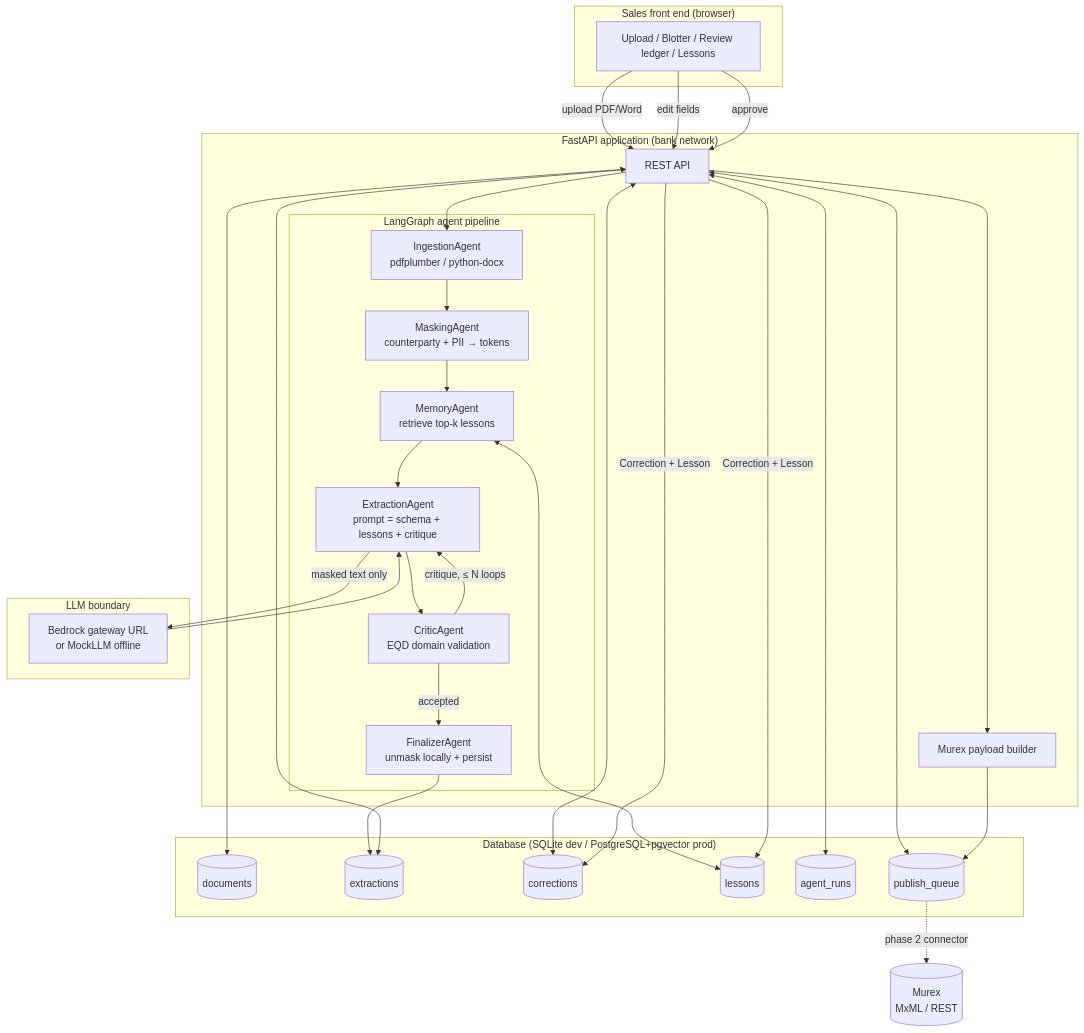
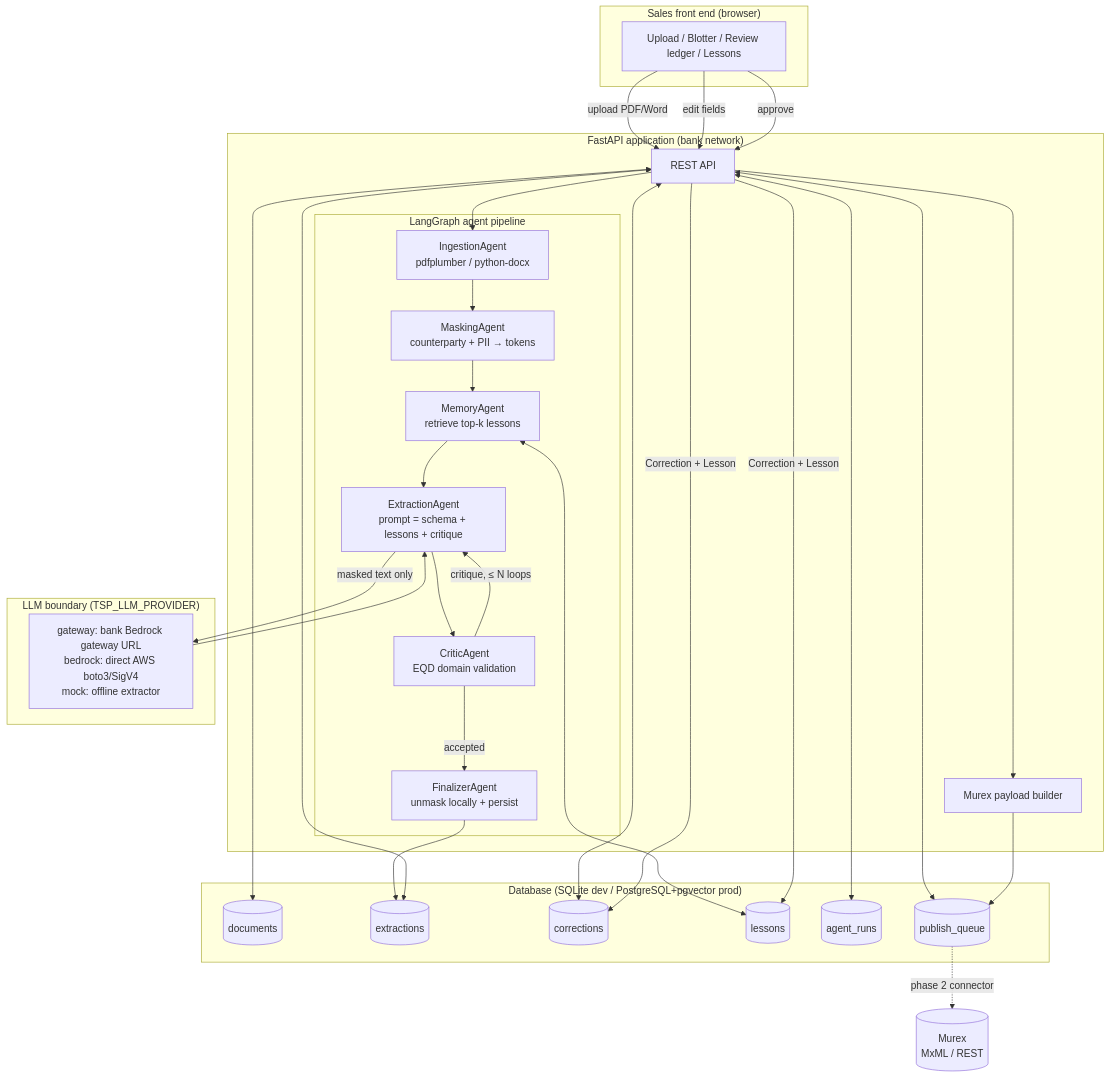
Before and after one commit to mponmalar/termsheetparser: the first of 4 diagrams in docs/ARCHITECTURE.md, drawn with Mermaid. The commit also changed other lines of this file and 9 other files, not shown here.

First line of the commit message:
Switchable LLM access: bank Bedrock gateway OR direct AWS Bedrock

````diff
--- a/docs/ARCHITECTURE.md
+++ b/docs/ARCHITECTURE.md
@@ -24,44 +24,44 @@
 ```mermaid
 flowchart TB
     subgraph Client["Sales front end (browser)"]
         UI[Upload / Blotter / Review ledger / Lessons]
     end
 
     subgraph App["FastAPI application (bank network)"]
         API[REST API]
         subgraph Graph["LangGraph agent pipeline"]
             ING[IngestionAgent<br/>pdfplumber / python-docx]
             MASK[MaskingAgent<br/>counterparty + PII → tokens]
             MEM[MemoryAgent<br/>retrieve top-k lessons]
             EXT[ExtractionAgent<br/>prompt = schema + lessons + critique]
             CRIT[CriticAgent<br/>EQD domain validation]
             FIN[FinalizerAgent<br/>unmask locally + persist]
         end
         MRX[Murex payload builder]
     end
 
-    subgraph LLM["LLM boundary"]
-        GW[Bedrock gateway URL<br/>or MockLLM offline]
+    subgraph LLM["LLM boundary (TSP_LLM_PROVIDER)"]
+        GW[gateway: bank Bedrock gateway URL<br/>bedrock: direct AWS boto3/SigV4<br/>mock: offline extractor]
     end
 
     subgraph DB["Database (SQLite dev / PostgreSQL+pgvector prod)"]
         D1[(documents)]
         D2[(extractions)]
         D3[(corrections)]
         D4[(lessons)]
         D5[(agent_runs)]
         D6[(publish_queue)]
     end
 
     UI -->|upload PDF/Word| API --> ING --> MASK --> MEM --> EXT
     EXT -->|masked text only| GW --> EXT
     EXT --> CRIT
     CRIT -->|critique, ≤ N loops| EXT
     CRIT -->|accepted| FIN
     FIN --> D2
     MEM <--> D4
     API <--> D1 & D2 & D3 & D5 & D6
     UI -->|edit fields| API -->|Correction + Lesson| D3 & D4
     UI -->|approve| API --> MRX --> D6
     D6 -.->|phase 2 connector| MUREX[(Murex<br/>MxML / REST)]
 ```
````
